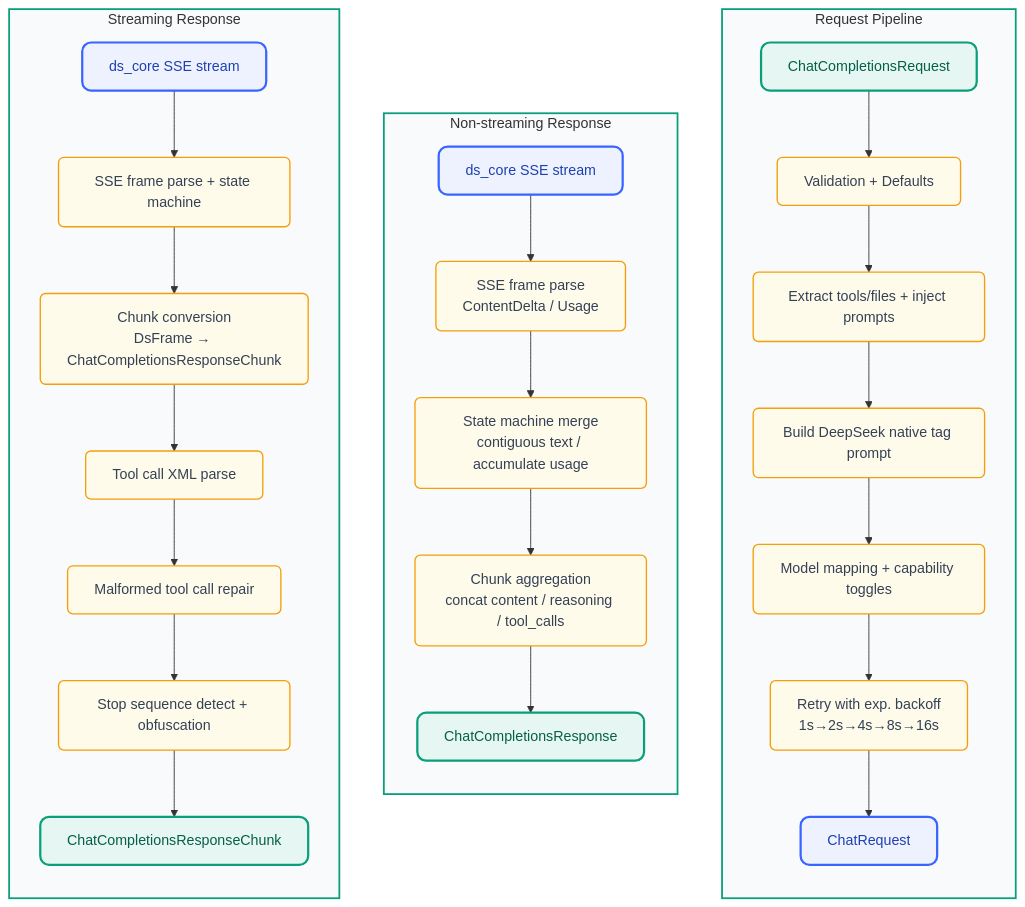
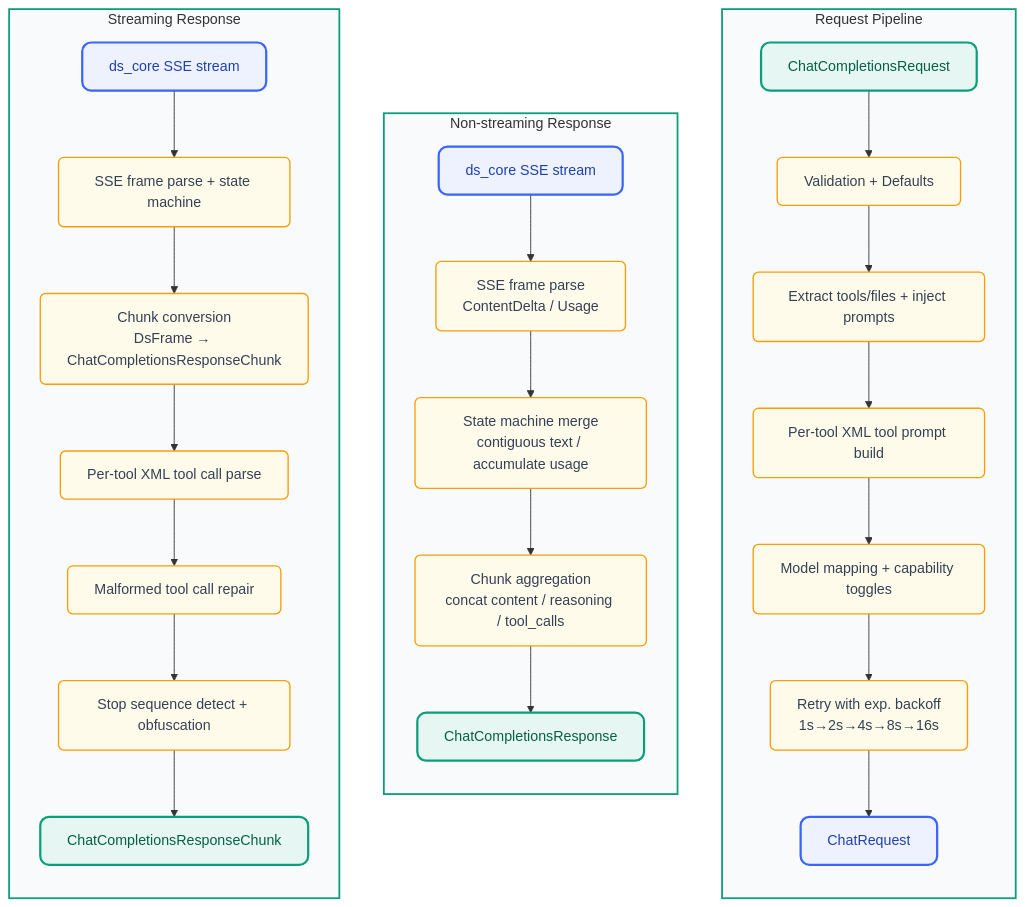
One commit to qoomezhu/ds-free-api changed the second of 3 diagrams in README.en.md. Above: the diagram before and after it, drawn with Mermaid. The commit also changed other lines of this file and 2 other files, not shown here.

Commit message:
feat: Integrate DeepSeek-PP into Web2API

````diff
--- a/README.en.md
+++ b/README.en.md
@@ -248,46 +297,46 @@
 ```mermaid
 flowchart TB
     %% ===== Theme =====
     classDef ds_core fill:#eef2ff,stroke:#3964fe,stroke-width:2.5px,color:#1e40af,rx:10,ry:10
     classDef openai_adapter fill:#e6f7f3,stroke:#0a9e7b,stroke-width:2.5px,color:#065f46,rx:10,ry:10
     classDef step fill:#fffbeb,stroke:#f59e0b,stroke-width:1.5px,color:#334155,rx:6,ry:6
 
     subgraph RQ ["Request Pipeline"]
         direction TB
         Q1["ChatCompletionsRequest"]:::openai_adapter
         Q2["Validation + Defaults"]:::step
         Q3["Extract tools/files + inject prompts"]:::step
-        Q4["Build DeepSeek native tag prompt"]:::step
+        Q4["Per-tool XML tool prompt build"]:::step
         Q5["Model mapping + capability toggles"]:::step
         Q6["Retry with exp. backoff<br/>1s→2s→4s→8s→16s"]:::step
         Q7["ChatRequest"]:::ds_core
     end
 
     subgraph RS1 ["Non-streaming Response"]
         direction TB
         OR1["ds_core SSE stream"]:::ds_core
         OR2["SSE frame parse<br/>ContentDelta / Usage"]:::step
         OR3["State machine merge<br/>contiguous text / accumulate usage"]:::step
         OR4["Chunk aggregation<br/>concat content / reasoning / tool_calls"]:::step
         OR5["ChatCompletionsResponse"]:::openai_adapter
     end
 
     subgraph RS2 ["Streaming Response"]
         direction TB
         OS1["ds_core SSE stream"]:::ds_core
         OS2["SSE frame parse + state machine"]:::step
         OS3["Chunk conversion<br/>DsFrame → ChatCompletionsResponseChunk"]:::step
-        OS4["Tool call XML parse"]:::step
+        OS4["Per-tool XML tool call parse"]:::step
         OS5["Malformed tool call repair"]:::step
         OS6["Stop sequence detect + obfuscation"]:::step
         OS7["ChatCompletionsResponseChunk"]:::openai_adapter
     end
 
     Q1 --> Q2 --> Q3 --> Q4 --> Q5 --> Q6 --> Q7
     OR1 --> OR2 --> OR3 --> OR4 --> OR5
     OS1 --> OS2 --> OS3 --> OS4 --> OS5 --> OS6 --> OS7
 
     style RQ fill:#f8fafc,stroke:#0a9e7b,stroke-width:2px
     style RS1 fill:#f8fafc,stroke:#0a9e7b,stroke-width:2px
     style RS2 fill:#f8fafc,stroke:#0a9e7b,stroke-width:2px
 ```
````
